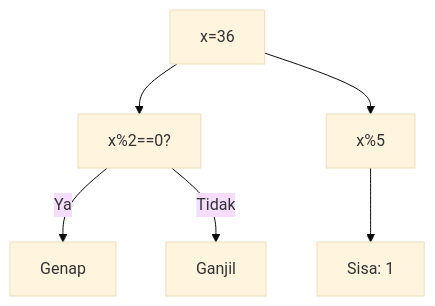
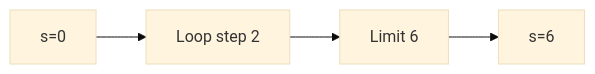
Before and after one commit to amnahwaida/OSNK_INF_PREP: the first of 25 diagrams in part-c-pemahaman-cpp/03-perulangan/latihan/set-07.md, drawn with Mermaid (base theme). The commit also changed other lines of this file and 71 other files, not shown here.

````diff
--- a/part-c-pemahaman-cpp/03-perulangan/latihan/set-07.md
+++ b/part-c-pemahaman-cpp/03-perulangan/latihan/set-07.md
@@ -23,8 +21,6 @@
 ```mermaid
-graph TD
-A["x=36"] --> B["x%2==0?"]
-B -- Ya --> C["Genap"]
-B -- Tidak --> D["Ganjil"]
-A --> E["x%5"]
-E --> F["Sisa: 1"]
+graph LR
+A["s=0"] --> B["Loop step 2"]
+B --> C["Limit 6"]
+C --> D["s=6"]
 ```
````
